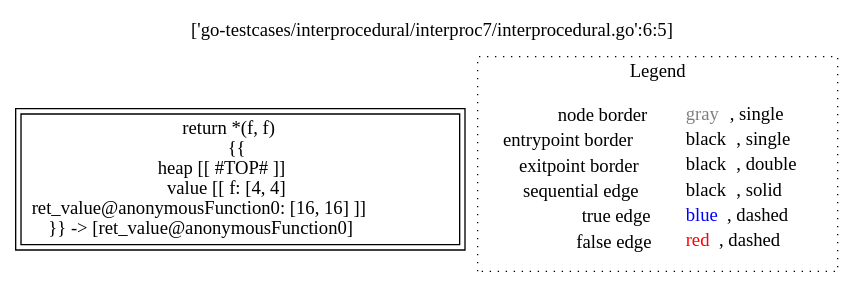
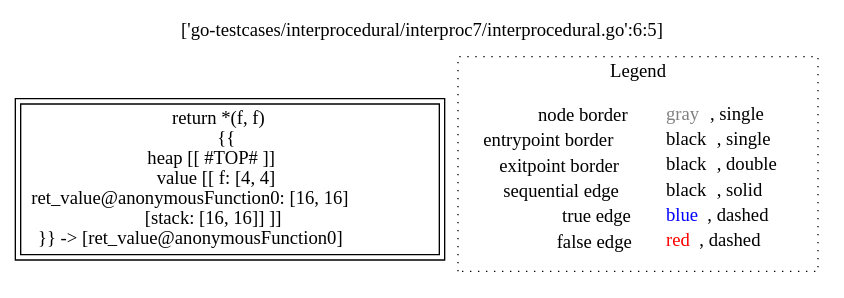
Before and after one commit to lisa-analyzer/go-lisa: the diagram in go-lisa/go-testcases/interprocedural/interproc7/analysis___338106521_int_~LiSAProgram.anonymousFunction0(int_f).dot, drawn with Graphviz. The commit also changed 31 other files, not shown here.

```diff
--- a/go-lisa/go-testcases/interprocedural/interproc7/analysis___338106521_int_~LiSAProgram.anonymousFunction0(int_f).dot
+++ b/go-lisa/go-testcases/interprocedural/interproc7/analysis___338106521_int_~LiSAProgram.anonymousFunction0(int_f).dot
@@ -1,12 +1,12 @@
 digraph {
 	labelloc="t";
 	label="['go-testcases/interprocedural/interproc7/interprocedural.go':6:5]";
-	"node0" [shape="rect",color="black",peripheries="2",label=<return *(f, f)<BR/>{{<BR/>heap [[ #TOP# ]]<BR/>value [[ f: [4, 4]<BR/>ret_value@anonymousFunction0: [16, 16] ]]<BR/>}} -&gt; [ret_value@anonymousFunction0]>];
+	"node0" [shape="rect",color="black",peripheries="2",label=<return *(f, f)<BR/>{{<BR/>heap [[ #TOP# ]]<BR/>value [[ f: [4, 4]<BR/>ret_value@anonymousFunction0: [16, 16]<BR/>[stack: [16, 16]] ]]<BR/>}} -&gt; [ret_value@anonymousFunction0]>];
 subgraph cluster_legend {
 	label="Legend";
 	style=dotted;
 	node [shape=plaintext];
 	"legend" [label=<<table border="0" cellpadding="2" cellspacing="0" cellborder="0"><tr><td align="right">node border&nbsp;</td><td align="left"><font color="gray">gray</font>, single</td></tr><tr><td align="right">entrypoint border&nbsp;</td><td align="left"><font color="black">black</font>, single</td></tr><tr><td align="right">exitpoint border&nbsp;</td><td align="left"><font color="black">black</font>, double</td></tr><tr><td align="right">sequential edge&nbsp;</td><td align="left"><font color="black">black</font>, solid</td></tr><tr><td align="right">true edge&nbsp;</td><td align="left"><font color="blue">blue</font>, dashed</td></tr><tr><td align="right">false edge&nbsp;</td><td align="left"><font color="red">red</font>, dashed</td></tr></table>>];
 }
 
 }
```
